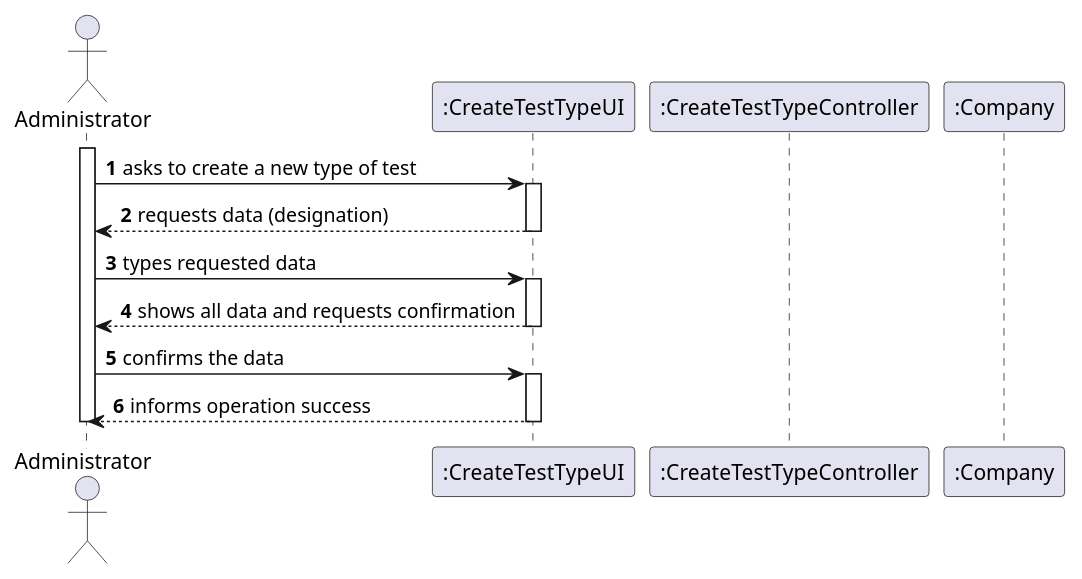
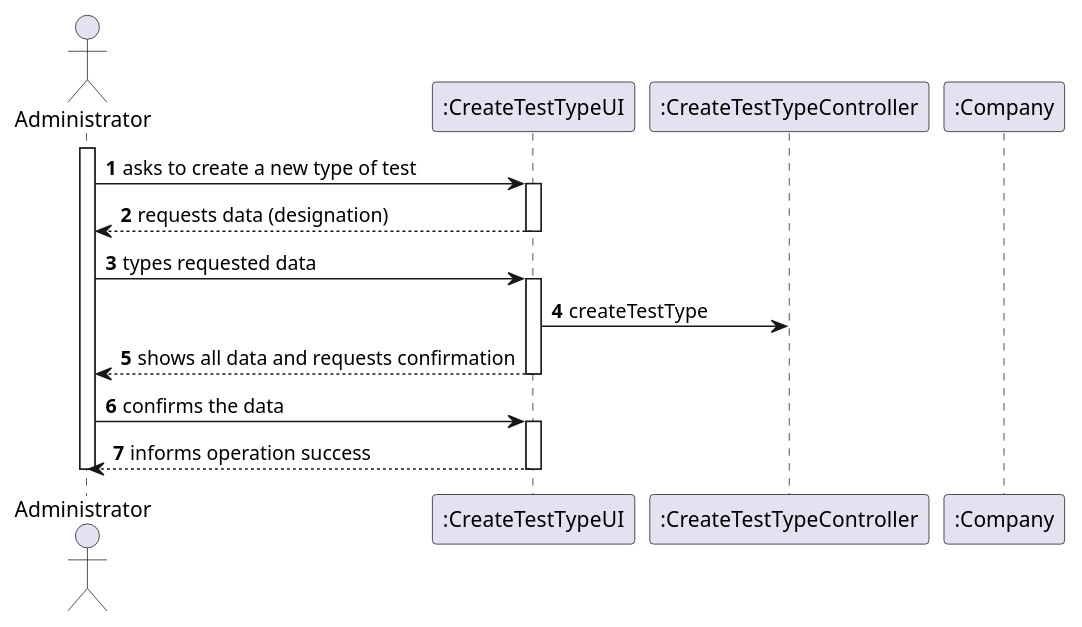
One commit to manu-07-ela/LAPR2_ISEP changed the diagram in docs/SprintB/US09/US09_SD.puml. Above: the diagram before and after it, drawn with PlantUML. The commit also changed 3 other files, not shown here.

```diff
--- a/docs/SprintB/US09/US09_SD.puml
+++ b/docs/SprintB/US09/US09_SD.puml
@@ -1,31 +1,32 @@
 @startuml
 autonumber
 'hide footbox
 actor "Administrator" as Adm
 
 participant ":CreateTestTypeUI" as UI
 participant ":CreateTestTypeController" as CTRL
 participant ":Company" as Comp
 
 activate Adm
 Adm -> UI : asks to create a new type of test
 activate UI
 UI --> Adm : requests data (designation)
 deactivate UI
 
 Adm -> UI : types requested data
 activate UI
+UI -> CTRL : createTestType
 UI --> Adm : shows all data and requests confirmation
 deactivate UI
 
 Adm -> UI : confirms the data
 activate UI
 UI --> Adm : informs operation success
 deactivate UI
 
 deactivate Adm
 
 
 
 
 @enduml
```
